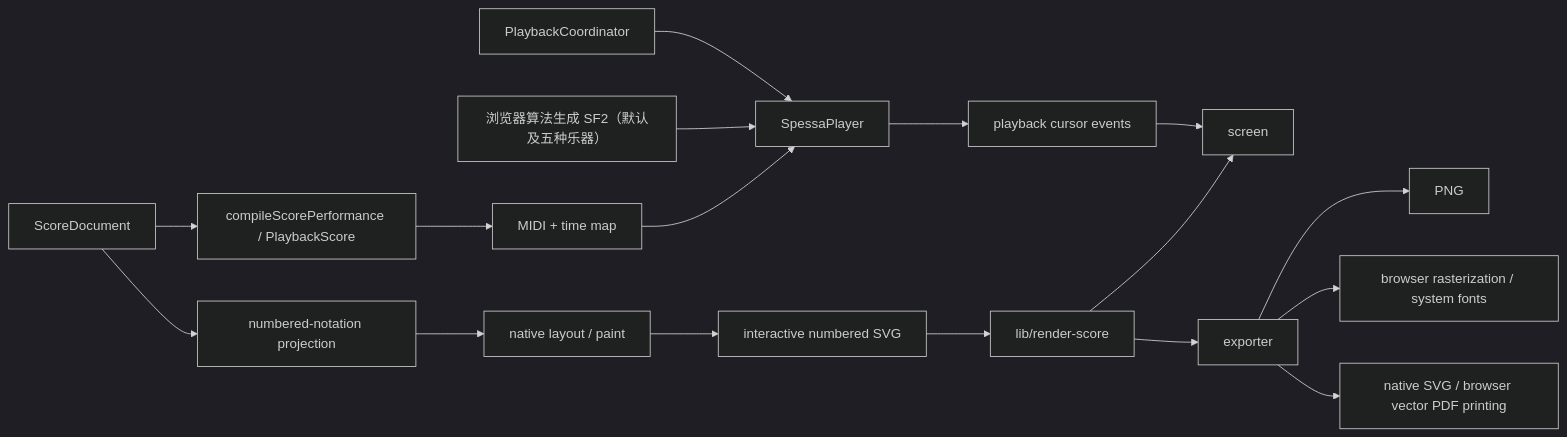
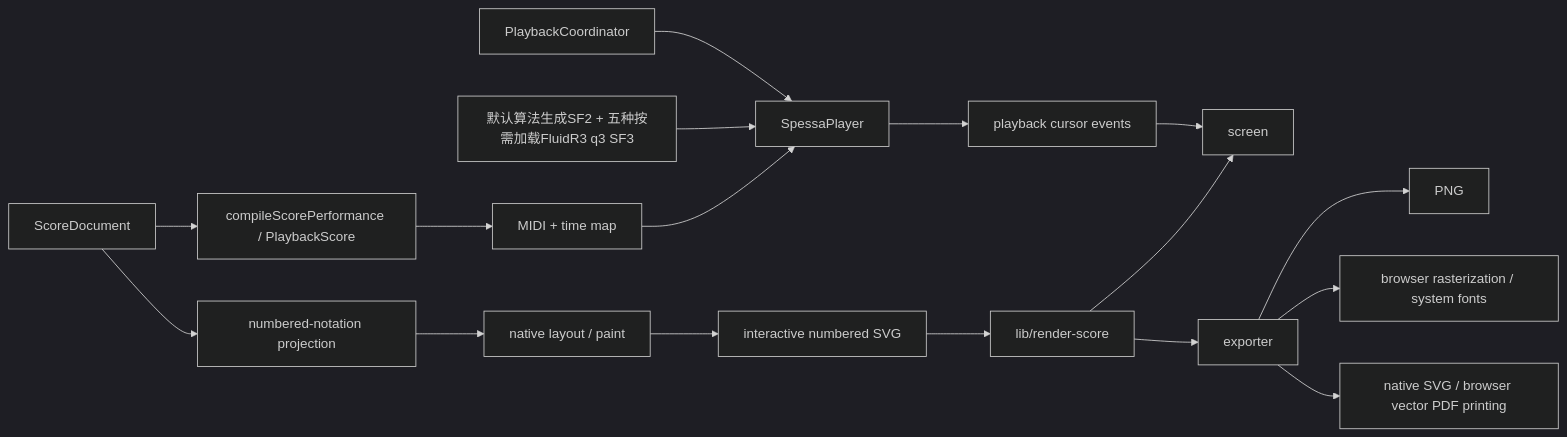
The fourth of 5 diagrams in docs/CODEGRAPH.md (huazhechen/m3n), drawn with Mermaid (dark theme) before and after one commit. The commit also changed 31 other files, not shown here.

````diff
--- a/docs/CODEGRAPH.md
+++ b/docs/CODEGRAPH.md
@@ -116,19 +116,19 @@
 ```mermaid
 flowchart LR
   document["ScoreDocument"] --> adapter["numbered-notation projection"]
   adapter --> native["native layout / paint"]
   native --> numberedSvg["interactive numbered SVG"]
   numberedSvg --> renderService["lib/render-score"]
   renderService --> screen
   renderService --> exporter
   document --> performance["compileScorePerformance / PlaybackScore"]
   performance --> midi["MIDI + time map"]
   midi --> player["SpessaPlayer"]
-  soundfont["浏览器算法生成 SF2（默认及五种乐器）"] --> player
+  soundfont["默认算法生成SF2 + 五种按需加载FluidR3 q3 SF3"] --> player
   coordinator["PlaybackCoordinator"] --> player
   player --> cursor["playback cursor events"]
   cursor --> screen
   exporter --> png["PNG"]
   exporter --> raster["browser rasterization / system fonts"]
   exporter --> pdf["native SVG / browser vector PDF printing"]
 ```
````
